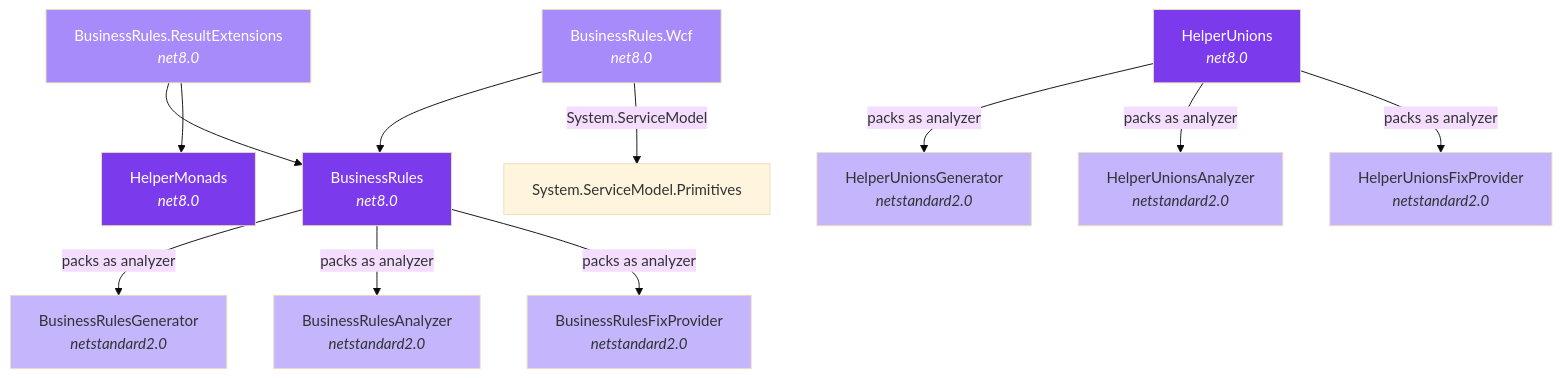
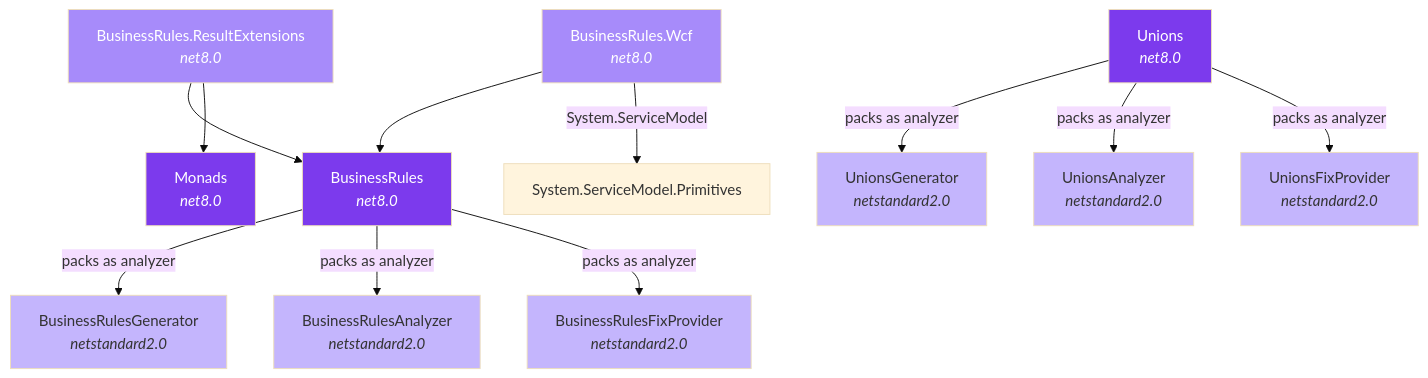
One commit to MauroVerberkt/MaVe changed the diagram in docs/architecture/overview.md. Above: the diagram before and after it, drawn with Mermaid (base theme). The commit also changed other lines of this file and 198 other files, not shown here.

````diff
--- a/docs/architecture/overview.md
+++ b/docs/architecture/overview.md
@@ -25,37 +25,37 @@
 ```mermaid
 graph TD
-    HM[HelperMonads<br/><i>net8.0</i>]
+    HM[Monads<br/><i>net8.0</i>]
     BR[BusinessRules<br/><i>net8.0</i>]
     BRG[BusinessRulesGenerator<br/><i>netstandard2.0</i>]
     BRA[BusinessRulesAnalyzer<br/><i>netstandard2.0</i>]
     BRF[BusinessRulesFixProvider<br/><i>netstandard2.0</i>]
     BRRE[BusinessRules.ResultExtensions<br/><i>net8.0</i>]
     BRW[BusinessRules.Wcf<br/><i>net8.0</i>]
-    HU[HelperUnions<br/><i>net8.0</i>]
-    HUG[HelperUnionsGenerator<br/><i>netstandard2.0</i>]
-    HUA[HelperUnionsAnalyzer<br/><i>netstandard2.0</i>]
-    HUF[HelperUnionsFixProvider<br/><i>netstandard2.0</i>]
+    HU[Unions<br/><i>net8.0</i>]
+    HUG[UnionsGenerator<br/><i>netstandard2.0</i>]
+    HUA[UnionsAnalyzer<br/><i>netstandard2.0</i>]
+    HUF[UnionsFixProvider<br/><i>netstandard2.0</i>]
 
     BR -->|packs as analyzer| BRG
     BR -->|packs as analyzer| BRA
     BR -->|packs as analyzer| BRF
     BRRE --> BR
     BRRE --> HM
     BRW --> BR
     BRW -->|System.ServiceModel| WCF[System.ServiceModel.Primitives]
     HU -->|packs as analyzer| HUG
     HU -->|packs as analyzer| HUA
     HU -->|packs as analyzer| HUF
 
     style HM fill:#7c3aed,color:#fff
     style BR fill:#7c3aed,color:#fff
     style HU fill:#7c3aed,color:#fff
     style BRRE fill:#a78bfa,color:#fff
     style BRW fill:#a78bfa,color:#fff
     style BRG fill:#c4b5fd,color:#333
     style BRA fill:#c4b5fd,color:#333
     style BRF fill:#c4b5fd,color:#333
     style HUG fill:#c4b5fd,color:#333
     style HUA fill:#c4b5fd,color:#333
     style HUF fill:#c4b5fd,color:#333
 ```
````
